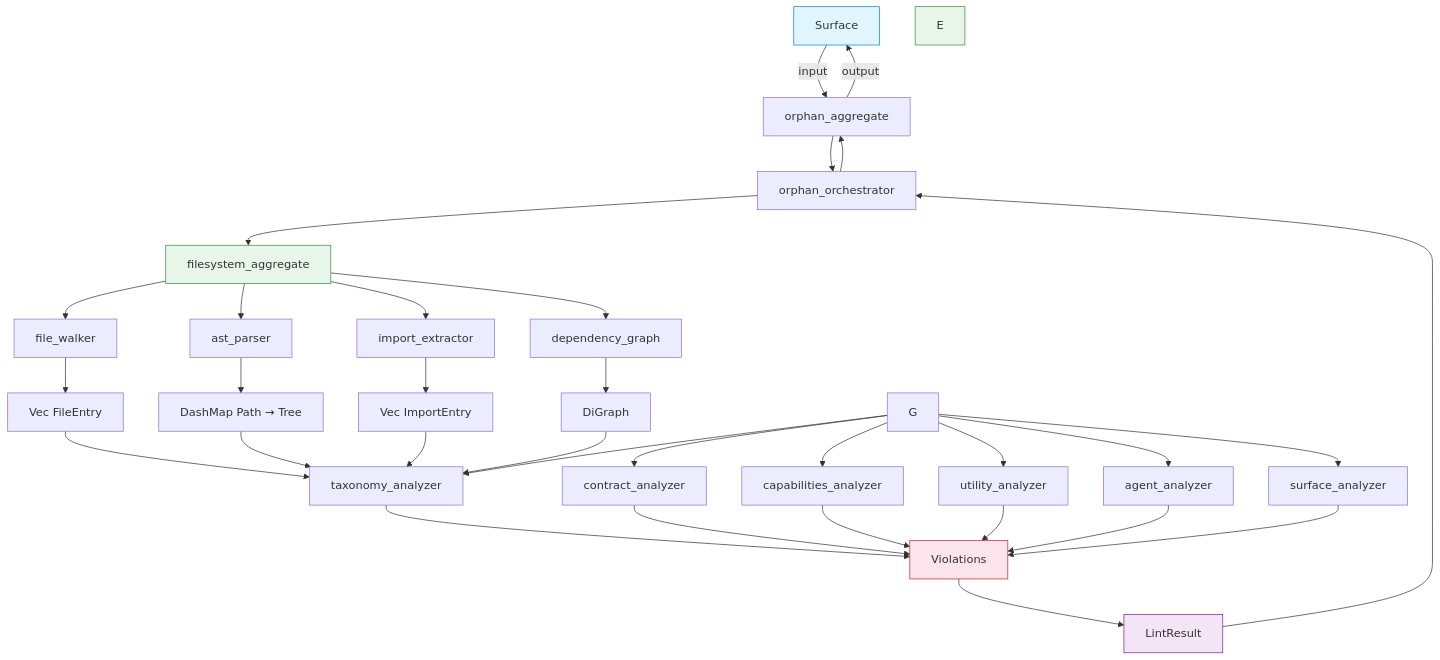
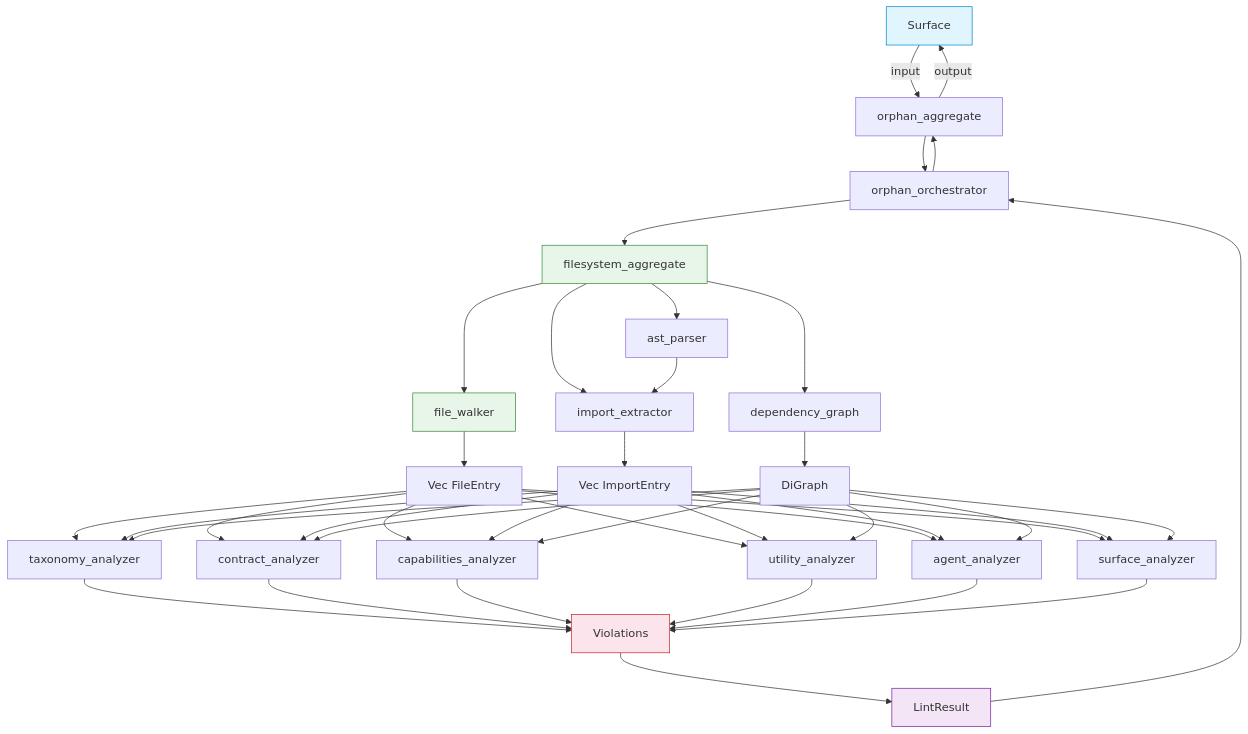
One commit to rakaarwaky/lint-arwaky changed the diagram in crates/orphan-detector/FRD.md. Above: the diagram before and after it, drawn with Mermaid. The commit also changed 3 other files, not shown here.

First line of the commit message:
fix: audit all FRD mermaids — correct capability flow

````diff
--- a/crates/orphan-detector/FRD.md
+++ b/crates/orphan-detector/FRD.md
@@ -9,40 +9,48 @@
 ```mermaid
 flowchart TD
     A["Surface"] -->|input| B["orphan_aggregate"]
     B --> C["orphan_orchestrator"]
     C --> D["filesystem_aggregate"]
     D --> E1["file_walker"]
     D --> F1["ast_parser"]
     D --> F2["import_extractor"]
     D --> F3["dependency_graph"]
+    F1 --> F2
     E1 --> G1["Vec FileEntry"]
-    F1 --> G2["DashMap Path → Tree"]
-    F2 --> G3["Vec ImportEntry"]
-    F3 --> G4["DiGraph"]
+    F2 --> G2["Vec ImportEntry"]
+    F3 --> G3["DiGraph"]
     G1 --> H1["taxonomy_analyzer"]
+    G1 --> H2["contract_analyzer"]
+    G1 --> H3["capabilities_analyzer"]
+    G1 --> H4["utility_analyzer"]
+    G1 --> H5["agent_analyzer"]
+    G1 --> H6["surface_analyzer"]
     G2 --> H1
+    G2 --> H2
+    G2 --> H3
+    G2 --> H4
+    G2 --> H5
+    G2 --> H6
     G3 --> H1
-    G4 --> H1
-    G --> H1["taxonomy_analyzer"]
-    G --> H2["contract_analyzer"]
-    G --> H3["capabilities_analyzer"]
-    G --> H4["utility_analyzer"]
-    G --> H5["agent_analyzer"]
-    G --> H6["surface_analyzer"]
+    G3 --> H2
+    G3 --> H3
+    G3 --> H4
+    G3 --> H5
+    G3 --> H6
     H1 --> I["Violations"]
     H2 --> I
     H3 --> I
     H4 --> I
     H5 --> I
     H6 --> I
     I --> J["LintResult"]
     J --> C
     C --> B
     B -->|output| A
 
     style A fill:#e1f5fe,stroke:#0288d1
     style D fill:#e8f5e9,stroke:#388e3c
-    style E fill:#e8f5e9,stroke:#388e3c
+    style E1 fill:#e8f5e9,stroke:#388e3c
     style I fill:#fce4ec,stroke:#c62828
     style J fill:#f3e5f5,stroke:#7b1fa2
 ```
````
